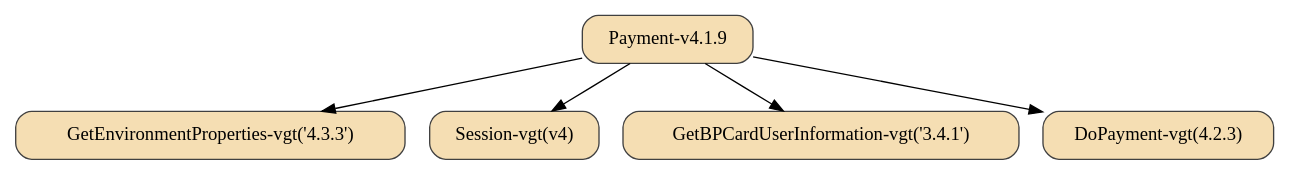
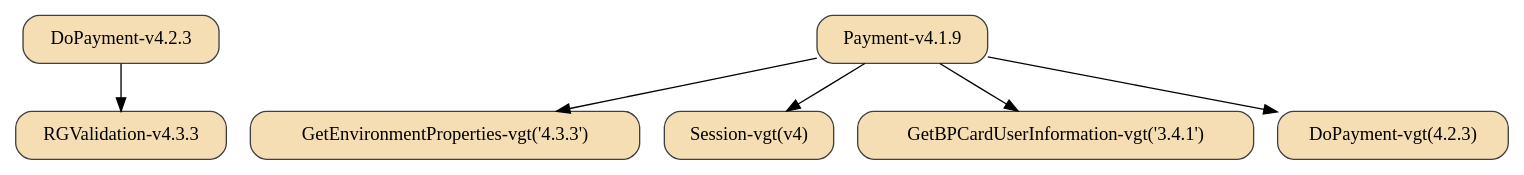
One commit to laetho/metagraf changed the diagram in out/dots/poc.dot. Above: the diagram before and after it, drawn with Graphviz. The commit also changed 4 other files, not shown here.

```diff
--- a/out/dots/poc.dot
+++ b/out/dots/poc.dot
@@ -1,15 +1,17 @@
 digraph {
   rankdir=tplr
   node [color=grey25,
         fillcolor=wheat,
         shape=box,
         style="rounded,filled"];
+"RGValidation-v4.3.3" []
+"DoPayment-v4.2.3" -> "RGValidation-v4.3.3"
 "GetEnvironmentProperties-vgt('4.3.3')" []
 "Payment-v4.1.9" -> "GetEnvironmentProperties-vgt('4.3.3')"
 "Session-vgt(v4)" []
 "Payment-v4.1.9" -> "Session-vgt(v4)"
 "GetBPCardUserInformation-vgt('3.4.1')" []
 "Payment-v4.1.9" -> "GetBPCardUserInformation-vgt('3.4.1')"
 "DoPayment-vgt(4.2.3)" []
 "Payment-v4.1.9" -> "DoPayment-vgt(4.2.3)"
 }
```
